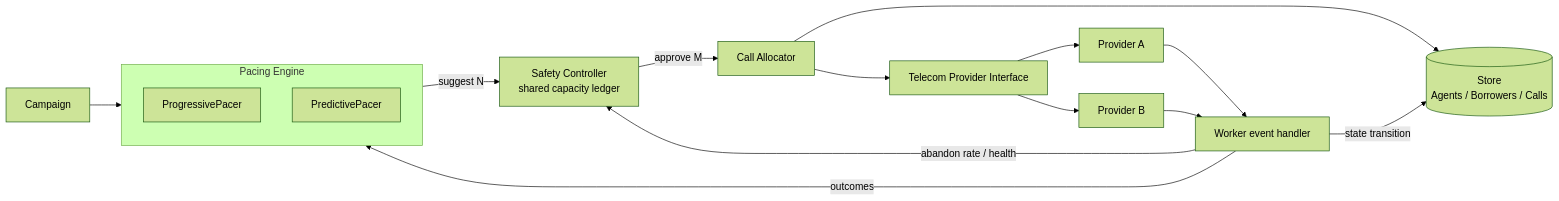
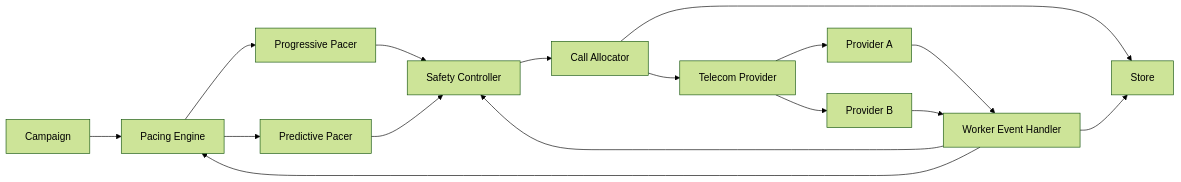
The first of 3 diagrams in ARCHITECTURE.md (Codechefskj/smartdialer), drawn with Mermaid (forest theme) before and after one commit. The commit also changed other lines of this file and 1 other file, not shown here.

````diff
--- a/ARCHITECTURE.md
+++ b/ARCHITECTURE.md
@@ -18,20 +26,18 @@
 ```mermaid
 flowchart LR
-    Campaign --> Pacer
-    subgraph Pacer[Pacing Engine]
-        direction TB
-        PP[ProgressivePacer]
-        PR[PredictivePacer]
-    end
-    Pacer -->|suggest N| SC[Safety Controller\nshared capacity ledger]
-    SC -->|approve M| AL[Call Allocator]
-    AL --> Store[(Store\nAgents / Borrowers / Calls)]
-    AL --> TP[Telecom Provider Interface]
-    TP --> PA[Provider A]
-    TP --> PB[Provider B]
-    PA --> W[Worker event handler]
+    C[Campaign] --> P[Pacing Engine]
+    P --> PP[Progressive Pacer]
+    P --> PR[Predictive Pacer]
+    PP --> S[Safety Controller]
+    PR --> S
+    S --> A[Call Allocator]
+    A --> ST[Store]
+    A --> T[Telecom Provider]
+    T --> PA[Provider A]
+    T --> PB[Provider B]
+    PA --> W[Worker Event Handler]
     PB --> W
-    W -->|state transition| Store
-    W -->|outcomes| Pacer
-    W -->|abandon rate / health| SC
+    W --> ST
+    W --> P
+    W --> S
 ```
````
